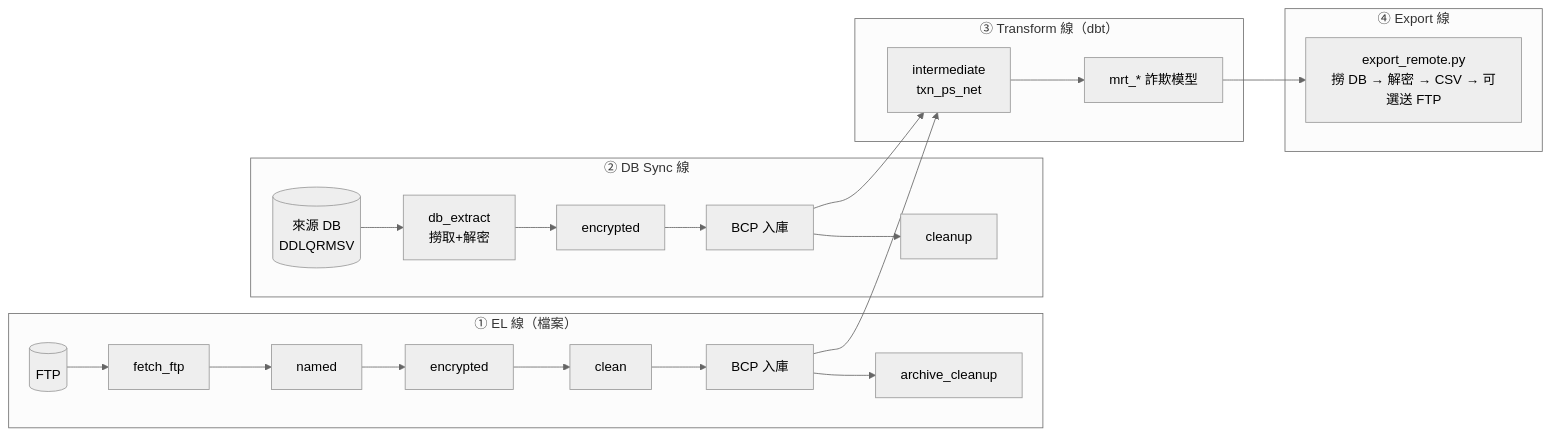
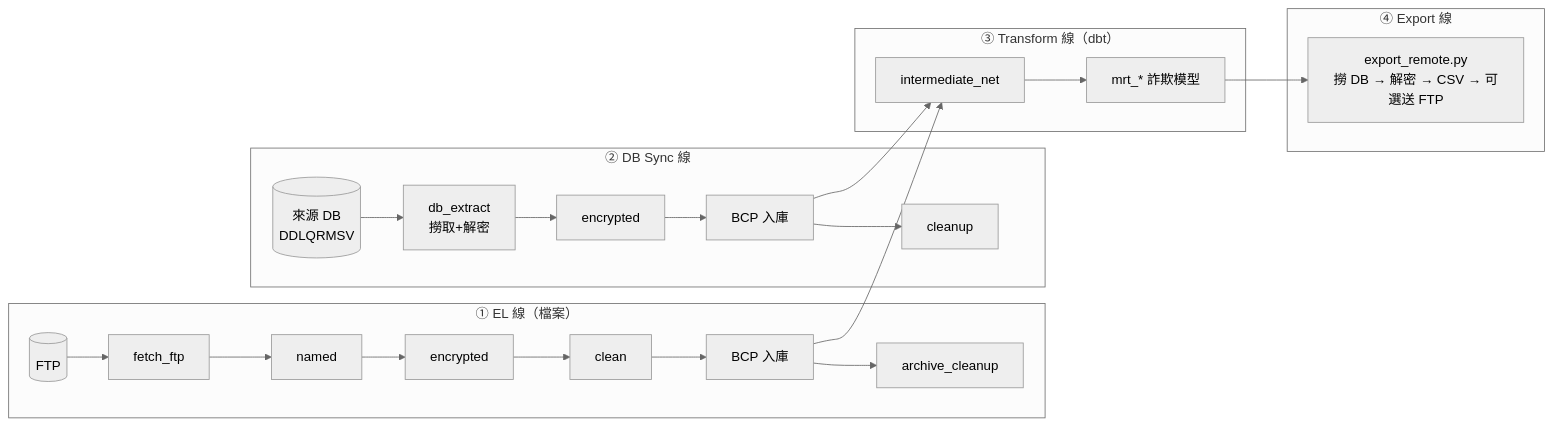
The diagram in dagster_workspace/README.md (Rlonglong/haha), drawn with Mermaid (neutral theme) before and after one commit. The commit also changed other lines of this file, not shown here.

````diff
--- a/dagster_workspace/README.md
+++ b/dagster_workspace/README.md
@@ -41,17 +41,17 @@
 ```mermaid
 flowchart LR
     subgraph L1["① EL 線（檔案）"]
         FTP[(FTP)] --> FE[fetch_ftp] --> NM[named] --> EN[encrypted] --> CL[clean] --> BCP1[BCP 入庫] --> AR[archive_cleanup]
     end
     subgraph L2["② DB Sync 線"]
         SRC[(來源 DB<br/>DDLQRMSV)] --> EX[db_extract<br/>撈取+解密] --> EN2[encrypted] --> BCP2[BCP 入庫] --> CU[cleanup]
     end
     subgraph L3["③ Transform 線（dbt）"]
-        DBT1[intermediate<br/>txn_ps_net] --> DBT2[mrt_* 詐欺模型]
+        DBT1[intermediate_net] --> DBT2[mrt_* 詐欺模型]
     end
     subgraph L4["④ Export 線"]
         DBT2 --> EXP[export_remote.py<br/>撈 DB → 解密 → CSV → 可選送 FTP]
     end
     BCP1 --> DBT1
     BCP2 --> DBT1
 ```
````
